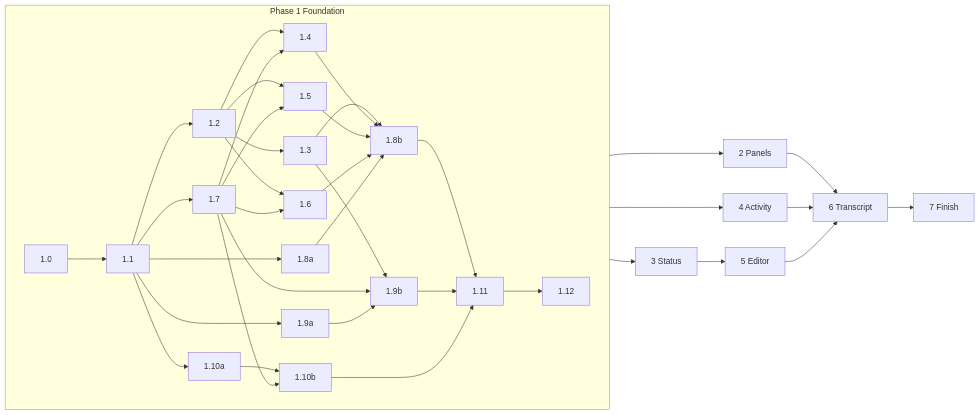
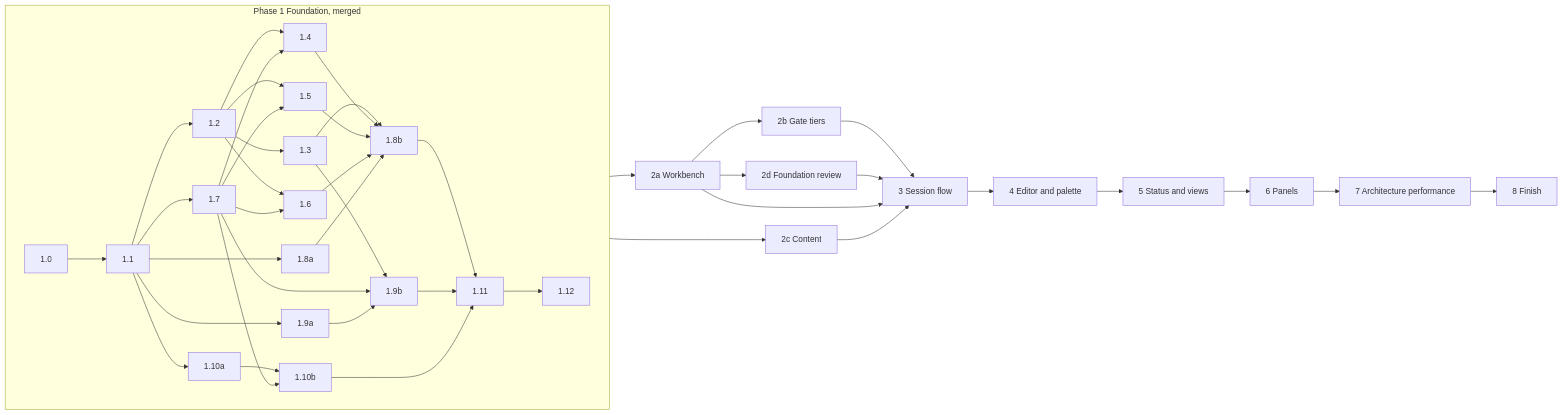
The diagram in docs/design/implementation-roadmap.md (Ephemeral-AI-Lab/mayfly), drawn with Mermaid before and after one commit. The commit also changed other lines of this file and 6 other files, not shown here.

````diff
--- a/docs/design/implementation-roadmap.md
+++ b/docs/design/implementation-roadmap.md
@@ -456,18 +528,19 @@
 ```mermaid
 flowchart LR
-  subgraph F[Phase 1 Foundation]
+  subgraph F[Phase 1 Foundation, merged]
     direction LR
     s0[1.0] --> s1[1.1]
     s1 --> s2[1.2] & s7[1.7] & s10a[1.10a] & s9a[1.9a] & s8a[1.8a]
     s2 --> s3[1.3]
     s2 & s7 --> s4[1.4] & s5[1.5] & s6[1.6]
     s10a & s7 --> s10b[1.10b]
     s3 & s7 & s9a --> s9b[1.9b]
     s3 & s4 & s5 & s6 & s8a --> s8b[1.8b]
     s8b & s9b & s10b --> s11[1.11]
     s11 --> s12[1.12]
   end
-  F --> n2[2 Panels] & n3[3 Status] & n4[4 Activity]
-  n3 --> n5[5 Editor]
-  n2 & n4 & n5 --> n6[6 Transcript] --> n7[7 Finish]
+  F --> n2a[2a Workbench] & n2c[2c Content]
+  n2a --> n2b[2b Gate tiers] & n2d[2d Foundation review]
+  n2a & n2b & n2c & n2d --> n3[3 Session flow] --> n4[4 Editor and palette] --> n5[5 Status and views] --> n6[6 Panels]
+  n6 --> n7[7 Architecture performance] --> n8[8 Finish]
 ```
````
